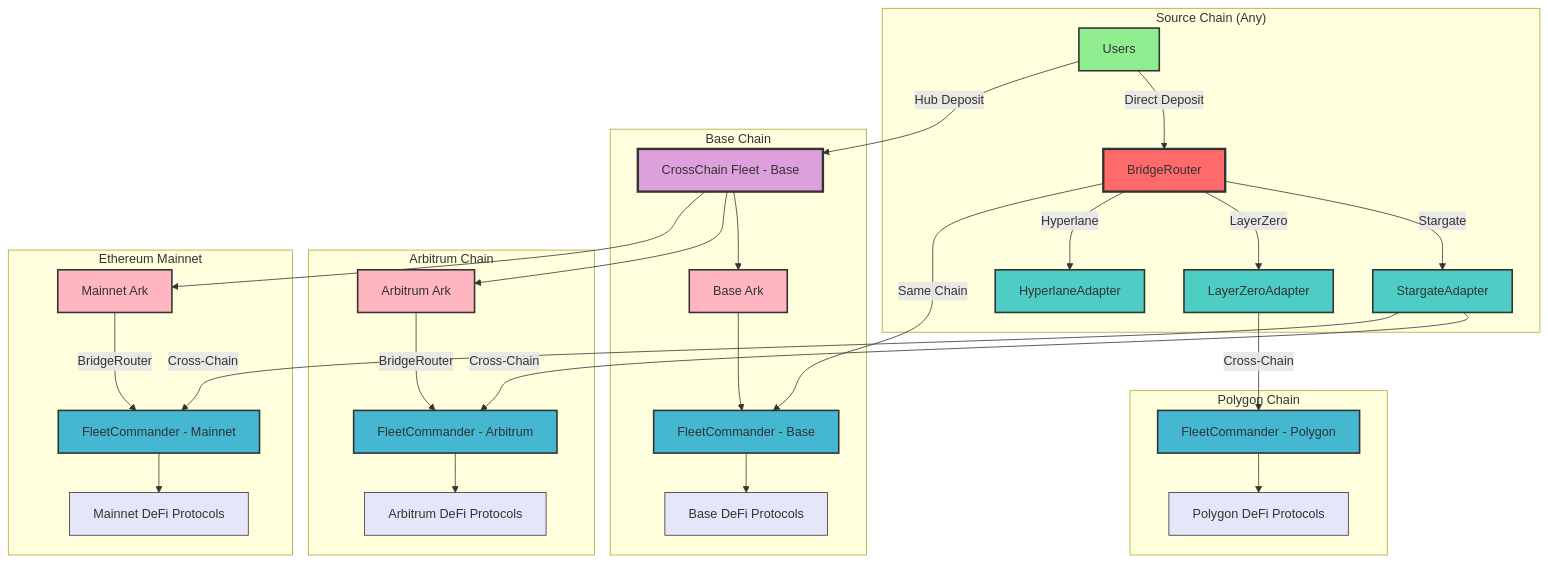
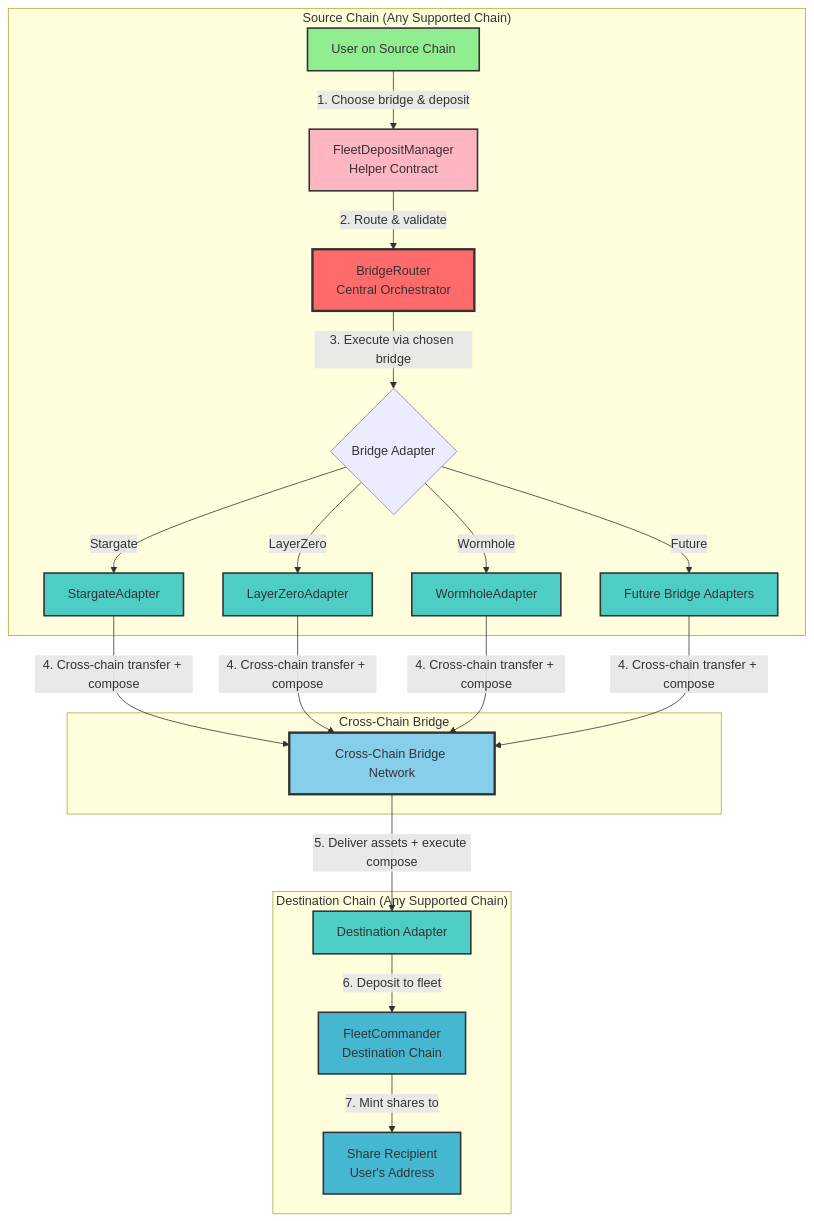
The diagram in packages/chain-bridge/docs/CROSS_CHAIN_FLEET_ARCHITECTURE.md (OasisDEX/summer-earn-protocol), drawn with Mermaid before and after one commit. The commit also changed other lines of this file and 1 other file, not shown here.

First line of the commit message:
docs: update Cross-Chain Fleet Architecture documentation

````diff
--- a/packages/chain-bridge/docs/CROSS_CHAIN_FLEET_ARCHITECTURE.md
+++ b/packages/chain-bridge/docs/CROSS_CHAIN_FLEET_ARCHITECTURE.md
@@ -11,84 +9,63 @@
 ```mermaid
 graph TD
-    %% User deposit paths
-    A[Users] --> |Direct Deposit| BR[BridgeRouter]
-    A --> |Hub Deposit| CF[CrossChain Fleet - Base]
+    %% User deposit path
+    A[User on Source Chain] --> |1. Choose bridge & deposit| FDM[FleetDepositManager<br/>Helper Contract]
     
-    %% Bridge Router manages all cross-chain operations
-    BR --> |Stargate| SG[StargateAdapter]
-    BR --> |LayerZero| LZ[LayerZeroAdapter]
-    BR --> |Hyperlane| HL[HyperlaneAdapter]
+    %% Central orchestration
+    FDM --> |2. Route & validate| BR[BridgeRouter<br/>Central Orchestrator]
     
-    %% Adapters to destination chains
-    SG --> |Cross-Chain| FC1[FleetCommander - Arbitrum]
-    SG --> |Cross-Chain| FC2[FleetCommander - Mainnet]
-    LZ --> |Cross-Chain| FC3[FleetCommander - Polygon]
+    %% Bridge selection (vendor agnostic)
+    BR --> |3. Execute via chosen bridge| BA{Bridge Adapter}
+    BA --> |Stargate| SG[StargateAdapter]
+    BA --> |LayerZero| LZ[LayerZeroAdapter] 
+    BA --> |Wormhole| HL[WormholeAdapter]
+    BA --> |Future| FB[Future Bridge Adapters]
     
-    %% Local same-chain deposits
-    BR --> |Same Chain| FC0[FleetCommander - Base]
+    %% Cross-chain transfer
+    SG --> |4. Cross-chain transfer + compose| XC[Cross-Chain Bridge Network]
+    LZ --> |4. Cross-chain transfer + compose| XC
+    HL --> |4. Cross-chain transfer + compose| XC
+    FB --> |4. Cross-chain transfer + compose| XC
     
-    %% Centralized hub model (legacy/parallel)
-    CF --> A1[Base Ark]
-    CF --> A2[Arbitrum Ark] 
-    CF --> A3[Mainnet Ark]
-    
-    A1 --> FC0
-    A2 --> |BridgeRouter| FC1
-    A3 --> |BridgeRouter| FC2
-    
-    %% FleetCommanders to DeFi protocols
-    FC0 --> P1[Base DeFi Protocols]
-    FC1 --> P2[Arbitrum DeFi Protocols]
-    FC2 --> P3[Mainnet DeFi Protocols]
-    FC3 --> P4[Polygon DeFi Protocols]
+    %% Destination processing
+    XC --> |5. Deliver assets + execute compose| DA[Destination Adapter]
+    DA --> |6. Deposit to fleet| FC[FleetCommander<br/>Destination Chain]
+    FC --> |7. Mint shares to| SR[Share Recipient<br/>User's Address]
     
     %% Chain boundaries
-    subgraph "Source Chain (Any)"
+    subgraph "Source Chain (Any Supported Chain)"
         A
+        FDM
         BR
+        BA
         SG
         LZ
         HL
+        FB
     end
     
-    subgraph "Base Chain"
-        CF
-        A1
-        FC0
-        P1
+    subgraph "Cross-Chain Bridge"
+        XC
     end
     
-    subgraph "Arbitrum Chain"
-        A2
-        FC1
-        P2
-    end
-    
-    subgraph "Ethereum Mainnet"
-        A3
-        FC2
-        P3
-    end
-    
-    subgraph "Polygon Chain"
-        FC3
-        P4
+    subgraph "Destination Chain (Any Supported Chain)"
+        DA
+        FC
+        SR
     end
     
     %% Styling
     classDef userStyle fill:#90EE90,stroke:#333,stroke-width:2px
-    classDef routerStyle fill:#FF6B6B,stroke:#333,stroke-width:3px
+    classDef helperStyle fill:#FFB6C1,stroke:#333,stroke-width:2px
+    classDef orchestratorStyle fill:#FF6B6B,stroke:#333,stroke-width:3px
     classDef adapterStyle fill:#4ECDC4,stroke:#333,stroke-width:2px
+    classDef bridgeStyle fill:#87CEEB,stroke:#333,stroke-width:3px
     classDef fleetStyle fill:#45B7D1,stroke:#333,stroke-width:2px
-    classDef hubStyle fill:#DDA0DD,stroke:#333,stroke-width:3px
-    classDef arkStyle fill:#FFB6C1,stroke:#333,stroke-width:2px
-    classDef protocolStyle fill:#E6E6FA,stroke:#333,stroke-width:1px
     
     class A userStyle
-    class BR routerStyle
-    class SG,LZ,HL adapterStyle
-    class FC0,FC1,FC2,FC3 fleetStyle
-    class CF hubStyle
-    class A1,A2,A3 arkStyle
-    class P1,P2,P3,P4 protocolStyle
+    class FDM helperStyle
+    class BR orchestratorStyle
+    class SG,LZ,HL,FB,DA adapterStyle
+    class XC bridgeStyle
+    class FC,SR fleetStyle
 ```
````
